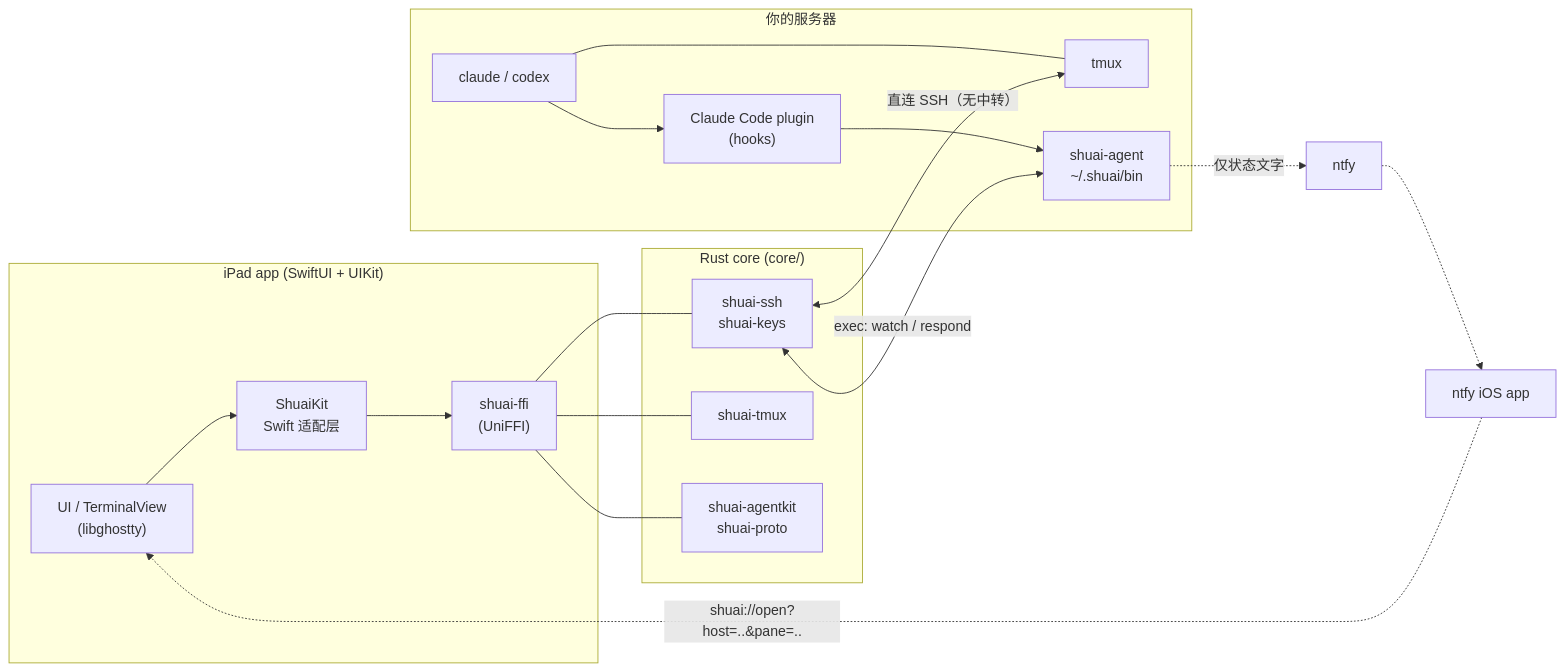
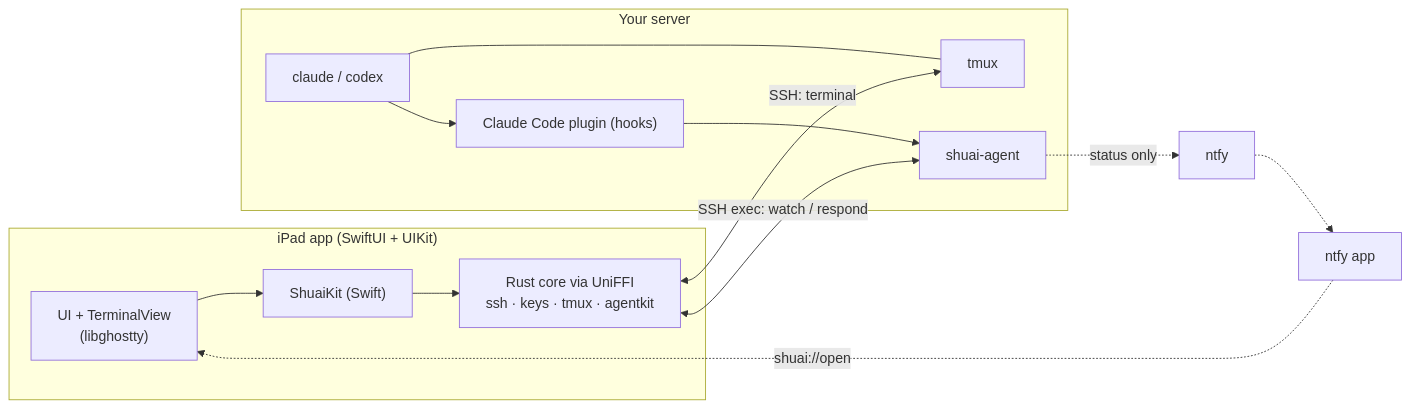
The diagram in README.md (moilk/shuai), drawn with Mermaid before and after one commit. The commit also changed other lines of this file and 3 other files, not shown here.

````diff
--- a/README.md
+++ b/README.md
@@ -28,30 +46,22 @@
 ```mermaid
 flowchart LR
   subgraph iPad["iPad app (SwiftUI + UIKit)"]
-    UI["UI / TerminalView<br/>(libghostty)"]
-    Kit["ShuaiKit<br/>Swift 适配层"]
-    FFI["shuai-ffi<br/>(UniFFI)"]
+    UI["UI + TerminalView<br/>(libghostty)"]
+    Kit["ShuaiKit (Swift)"]
+    FFI["Rust core via UniFFI<br/>ssh · keys · tmux · agentkit"]
     UI --> Kit --> FFI
   end
-  subgraph Core["Rust core (core/)"]
-    SSH["shuai-ssh<br/>shuai-keys"]
-    TMUX["shuai-tmux"]
-    KIT["shuai-agentkit<br/>shuai-proto"]
-  end
-  FFI --- SSH
-  FFI --- TMUX
-  FFI --- KIT
-  subgraph Server["你的服务器"]
+  subgraph Server["Your server"]
     TM["tmux"]
     CC["claude / codex"]
-    PL["Claude Code plugin<br/>(hooks)"]
-    AG["shuai-agent<br/>~/.shuai/bin"]
+    PL["Claude Code plugin (hooks)"]
+    AG["shuai-agent"]
     CC --> PL --> AG
     CC --- TM
   end
-  SSH <-->|"直连 SSH（无中转）"| TM
-  SSH <-->|"exec: watch / respond"| AG
-  AG -.->|"仅状态文字"| NTFY["ntfy"]
-  NTFY -.-> NA["ntfy iOS app"]
-  NA -.->|"shuai://open?host=..&pane=.."| UI
+  FFI <-->|"SSH: terminal"| TM
+  FFI <-->|"SSH exec: watch / respond"| AG
+  AG -.->|"status only"| NTFY["ntfy"]
+  NTFY -.-> PH["ntfy app"]
+  PH -.->|"shuai://open"| UI
 ```
````
